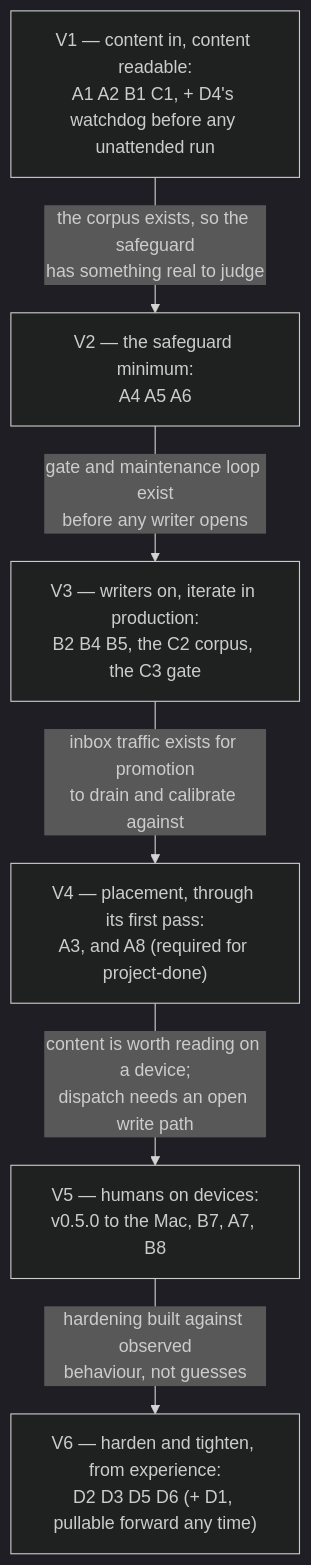
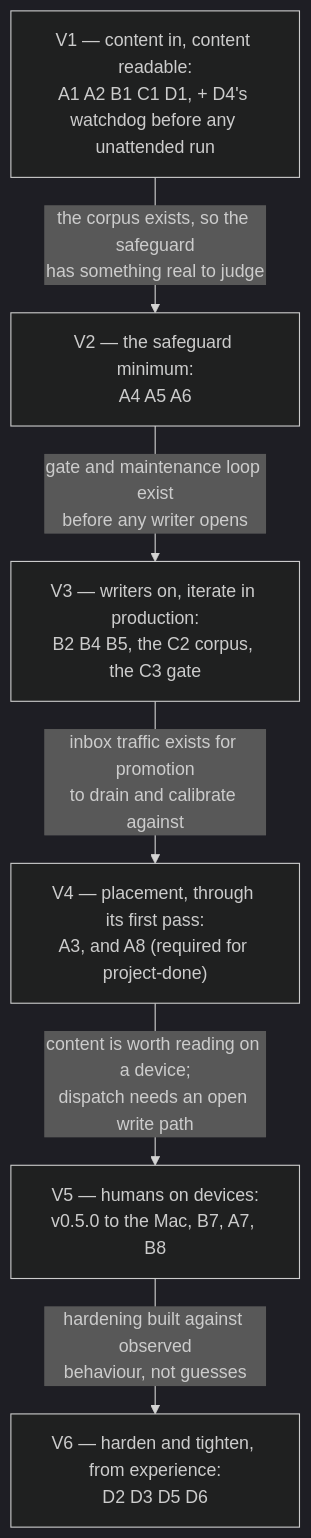
The diagram in ROADMAP.md (ppat/obsidian-tools), drawn with Mermaid (dark theme) before and after one commit. The commit also changed other lines of this file and 1 other file, not shown here.

````diff
--- a/ROADMAP.md
+++ b/ROADMAP.md
@@ -111,14 +111,14 @@
 ```mermaid
 flowchart TB
-    V1n["V1 — content in, content readable:<br/>A1 A2 B1 C1, + D4's watchdog before any unattended run"]
+    V1n["V1 — content in, content readable:<br/>A1 A2 B1 C1 D1, + D4's watchdog before any unattended run"]
     V2n["V2 — the safeguard minimum:<br/>A4 A5 A6"]
     V3n["V3 — writers on, iterate in production:<br/>B2 B4 B5, the C2 corpus, the C3 gate"]
     V4n["V4 — placement, through its first pass:<br/>A3, and A8 (required for project-done)"]
     V5n["V5 — humans on devices:<br/>v0.5.0 to the Mac, B7, A7, B8"]
-    V6n["V6 — harden and tighten, from experience:<br/>D2 D3 D5 D6 (+ D1, pullable forward any time)"]
+    V6n["V6 — harden and tighten, from experience:<br/>D2 D3 D5 D6"]
     V1n -->|"the corpus exists, so the safeguard<br/>has something real to judge"| V2n
     V2n -->|"gate and maintenance loop exist<br/>before any writer opens"| V3n
     V3n -->|"inbox traffic exists for promotion<br/>to drain and calibrate against"| V4n
     V4n -->|"content is worth reading on a device;<br/>dispatch needs an open write path"| V5n
     V5n -->|"hardening built against observed<br/>behaviour, not guesses"| V6n
 ```
````
